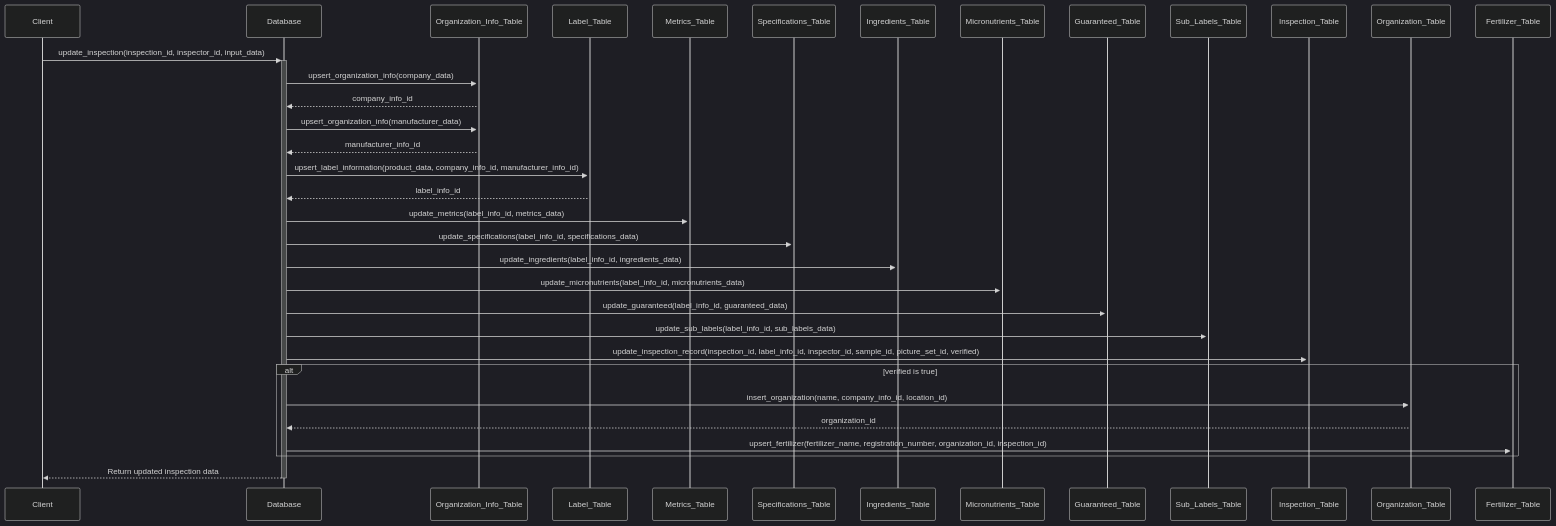
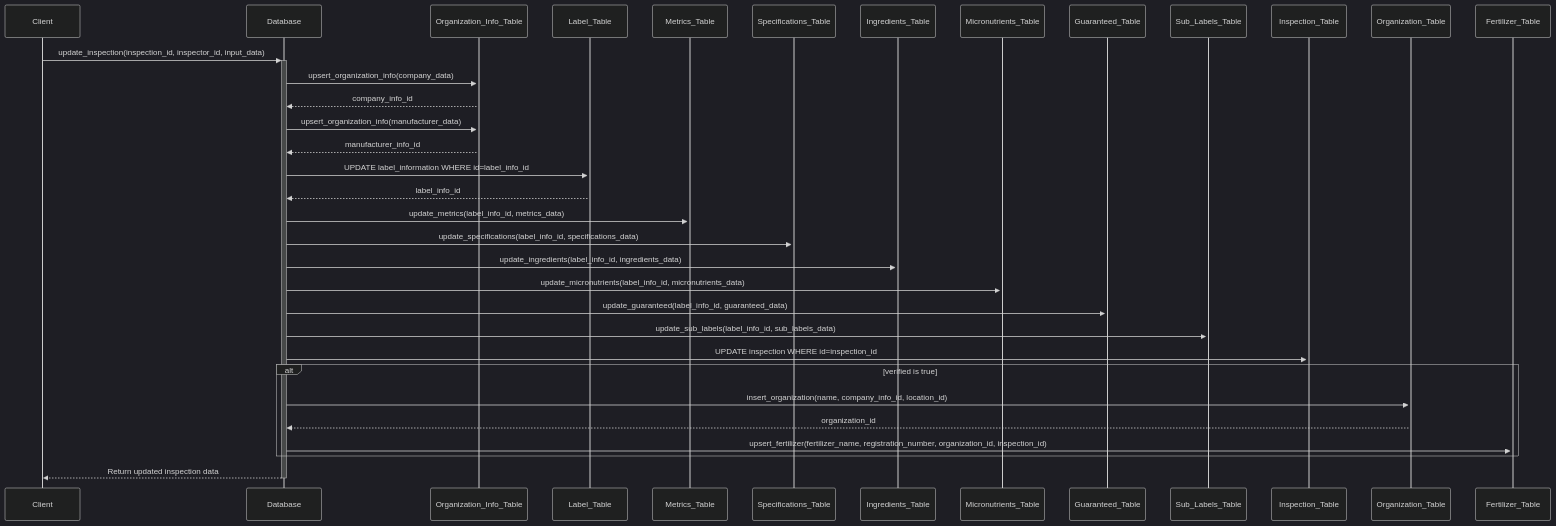
The first of 2 diagrams in doc/fertiscan/update-inspection-sequence.md (ai-cfia/ailab-datastore), drawn with Mermaid (dark theme) before and after one commit. The commit also changed other lines of this file and 2 other files, not shown here.

````diff
--- a/doc/fertiscan/update-inspection-sequence.md
+++ b/doc/fertiscan/update-inspection-sequence.md
@@ -16,51 +16,51 @@
 ```mermaid
 sequenceDiagram
     participant Client
     participant DB as Database
     participant OrganizationInfoTable as Organization_Info_Table
     participant LabelTable as Label_Table
     participant MetricsTable as Metrics_Table
     participant SpecificationsTable as Specifications_Table
     participant IngredientsTable as Ingredients_Table
     participant MicronutrientsTable as Micronutrients_Table
     participant GuaranteedTable as Guaranteed_Table
     participant SubLabelsTable as Sub_Labels_Table
     participant InspectionTable as Inspection_Table
     participant OrganizationTable as Organization_Table
     participant FertilizerTable as Fertilizer_Table
 
     Client->>+DB: update_inspection(inspection_id, inspector_id, input_data)
 
     DB->>+OrganizationInfoTable: upsert_organization_info(company_data)
     OrganizationInfoTable-->>DB: company_info_id
 
     DB->>+OrganizationInfoTable: upsert_organization_info(manufacturer_data)
     OrganizationInfoTable-->>DB: manufacturer_info_id
 
-    DB->>+LabelTable: upsert_label_information(product_data, company_info_id, manufacturer_info_id)
+    DB->>+LabelTable: UPDATE label_information WHERE id=label_info_id
     LabelTable-->>DB: label_info_id
 
     DB->>+MetricsTable: update_metrics(label_info_id, metrics_data)
 
     DB->>+SpecificationsTable: update_specifications(label_info_id, specifications_data)
 
     DB->>+IngredientsTable: update_ingredients(label_info_id, ingredients_data)
 
     DB->>+MicronutrientsTable: update_micronutrients(label_info_id, micronutrients_data)
 
     DB->>+GuaranteedTable: update_guaranteed(label_info_id, guaranteed_data)
 
     DB->>+SubLabelsTable: update_sub_labels(label_info_id, sub_labels_data)
 
-    DB->>+InspectionTable: update_inspection_record(inspection_id, label_info_id, inspector_id, sample_id, picture_set_id, verified)
+    DB->>+InspectionTable: UPDATE inspection WHERE id=inspection_id
 
     alt verified is true
         DB->>+OrganizationTable: insert_organization(name, company_info_id, location_id)
         OrganizationTable-->>DB: organization_id
 
         DB->>+FertilizerTable: upsert_fertilizer(fertilizer_name, registration_number, organization_id, inspection_id)
     end
 
     DB-->>-Client: Return updated inspection data
 
 ```
````
